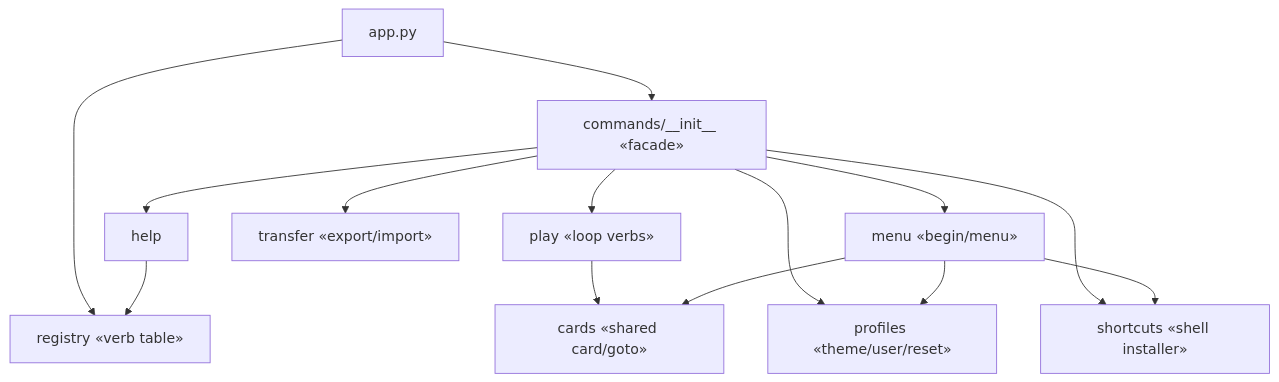
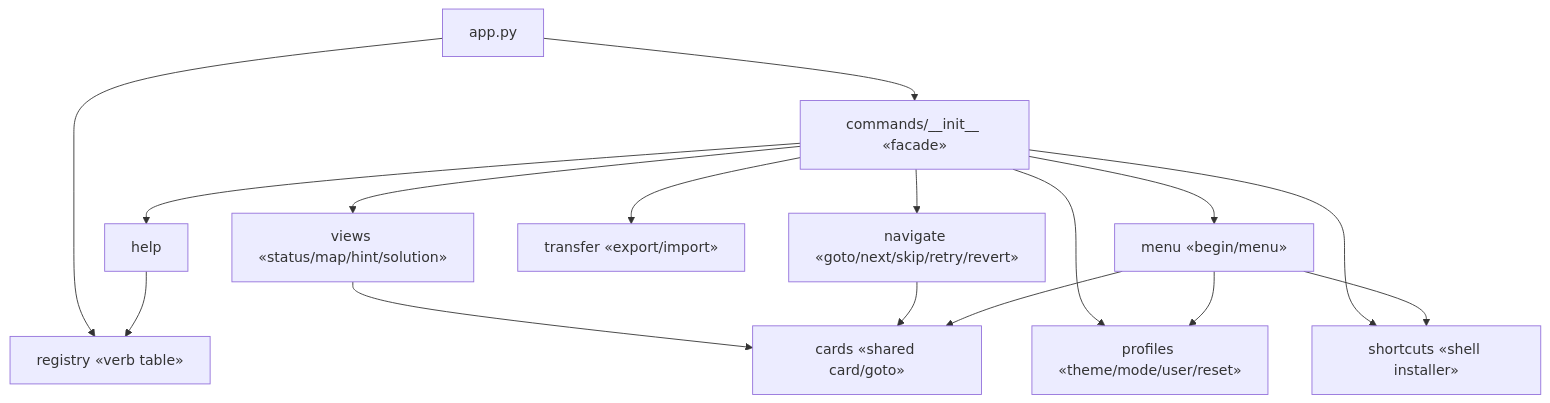
One commit to N041M/PyQuest changed the fifth of 12 diagrams in docs/architecture/README.md. Above: the diagram before and after it, drawn with Mermaid. The commit also changed 8 other files, not shown here.

First line of the commit message:
Split commands/play.py into views and navigate (one concern each)

````diff
--- a/docs/architecture/README.md
+++ b/docs/architecture/README.md
@@ -145,16 +145,18 @@
 ```mermaid
 flowchart TB
     app["app.py"] --> creg["registry «verb table»"]
     app --> cinit["commands/__init__ «facade»"]
-    cinit --> cplay["play «loop verbs»"]
+    cinit --> cviews["views «status/map/hint/solution»"]
+    cinit --> cnav["navigate «goto/next/skip/retry/revert»"]
     cinit --> cmenu["menu «begin/menu»"]
-    cinit --> cprof["profiles «theme/user/reset»"]
+    cinit --> cprof["profiles «theme/mode/user/reset»"]
     cinit --> ctrans["transfer «export/import»"]
     cinit --> cshort["shortcuts «shell installer»"]
     cinit --> chelp["help"]
-    cplay --> ccards["cards «shared card/goto»"]
+    cviews --> ccards["cards «shared card/goto»"]
+    cnav --> ccards
     cmenu --> ccards
     cmenu --> cprof
     cmenu --> cshort
     chelp --> creg
 ```
````
